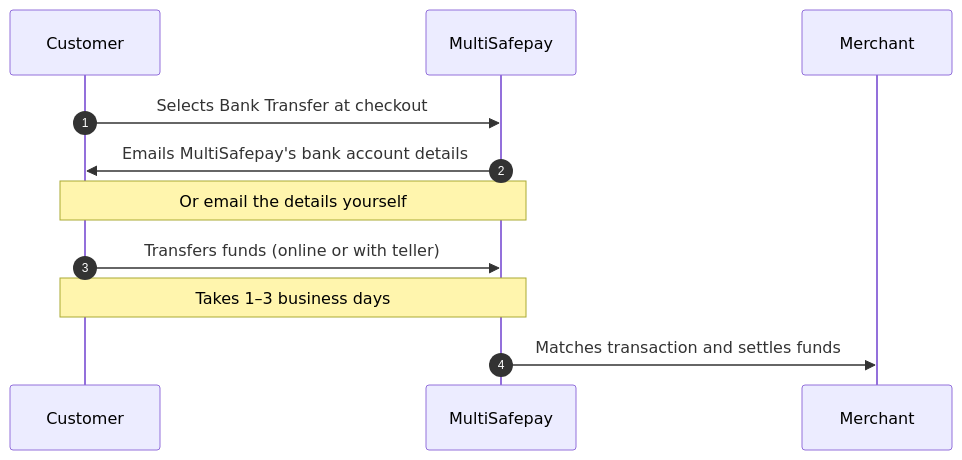
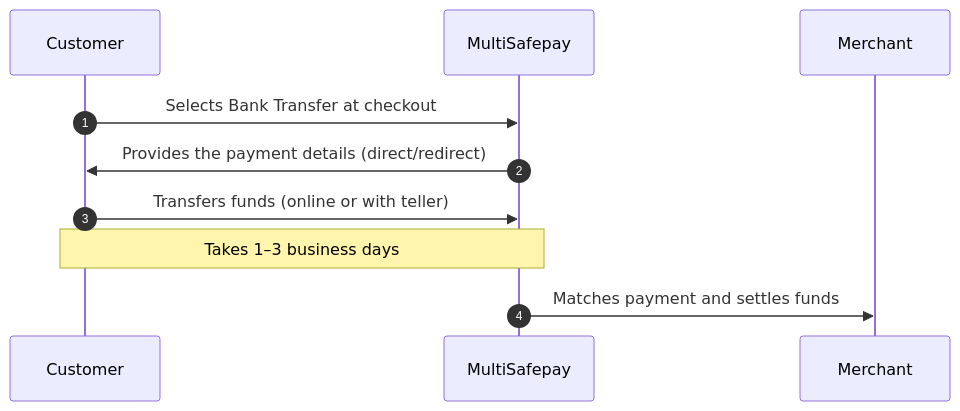
The diagram in content/payments/methods/banks/bank-transfer/payment-flow.md (MultiSafepay/docs), drawn with Mermaid before and after one commit. The commit also changed other lines of this file and 5 other files, not shown here.

```diff
--- a/content/payments/methods/banks/bank-transfer/payment-flow.md
+++ b/content/payments/methods/banks/bank-transfer/payment-flow.md
@@ -17,16 +17,15 @@
 {{< mermaid class="text-center" >}}
 
 sequenceDiagram
     autonumber
     participant C as Customer
     participant Mu as MultiSafepay
     participant Me as Merchant
 
     C->>Mu: Selects Bank Transfer at checkout
-    Mu->>C: Emails MultiSafepay's bank account details
-    Note over Mu,C: Or email the details yourself
+    Mu->>C: Provides the payment details (direct/redirect)
     C->>Mu: Transfers funds (online or with teller)
     Note over C,Mu: Takes 1–3 business days 
-    Mu->>Me: Matches transaction and settles funds
+    Mu->>Me: Matches payment and settles funds
     
 {{< /mermaid >}}
```
